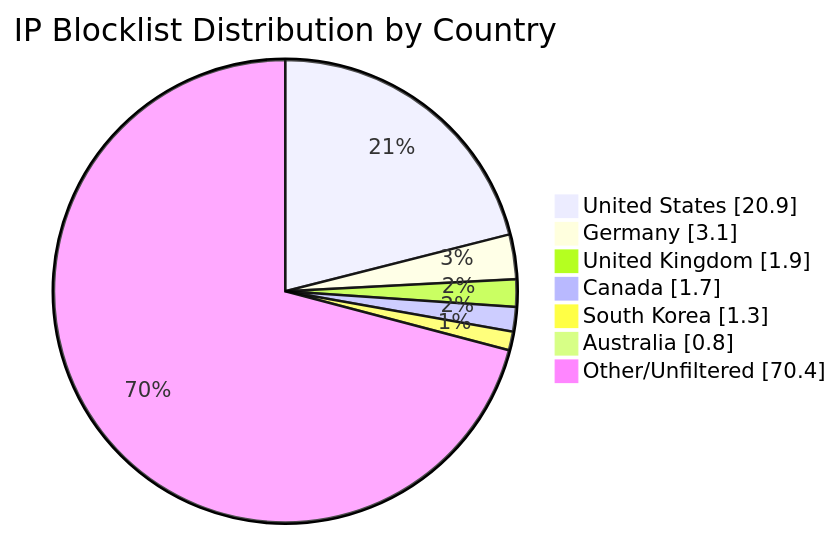
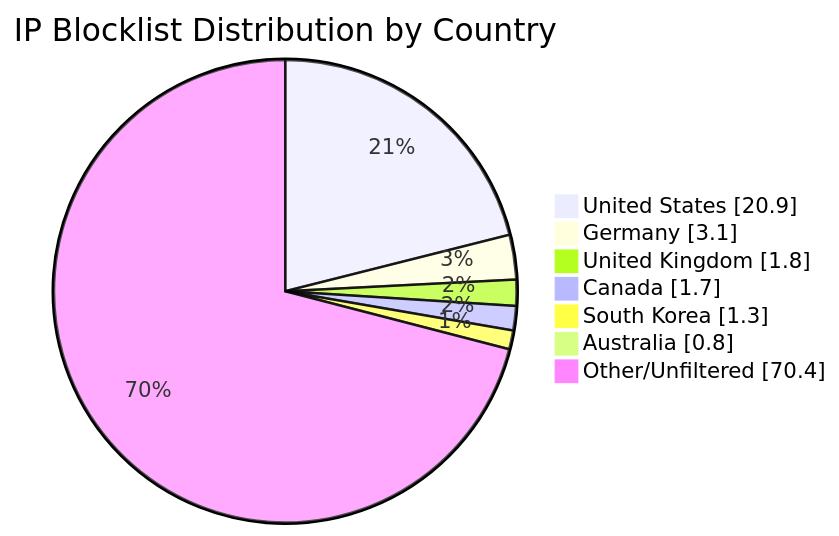
One commit to MarcusHoltz/ipblocklist-geofiltered-aggregator changed the diagram in README.md. Above: the diagram before and after it, drawn with Mermaid. The commit also changed other lines of this file and 9 other files, not shown here.

````diff
--- a/README.md
+++ b/README.md
@@ -34,10 +34,10 @@
 ```mermaid
 pie showData title IP Blocklist Distribution by Country
 "United States" : 20.9
 "Germany" : 3.1
-"United Kingdom" : 1.9
+"United Kingdom" : 1.8
 "Canada" : 1.7
 "South Korea" : 1.3
 "Australia" : 0.8
 "Other/Unfiltered" : 70.4
 ```
````
